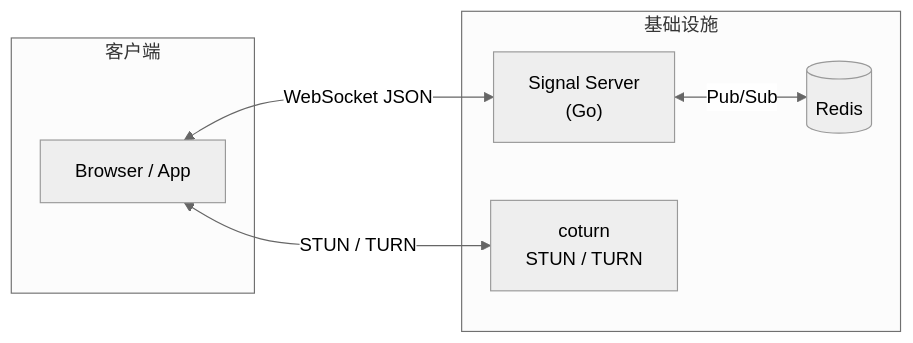
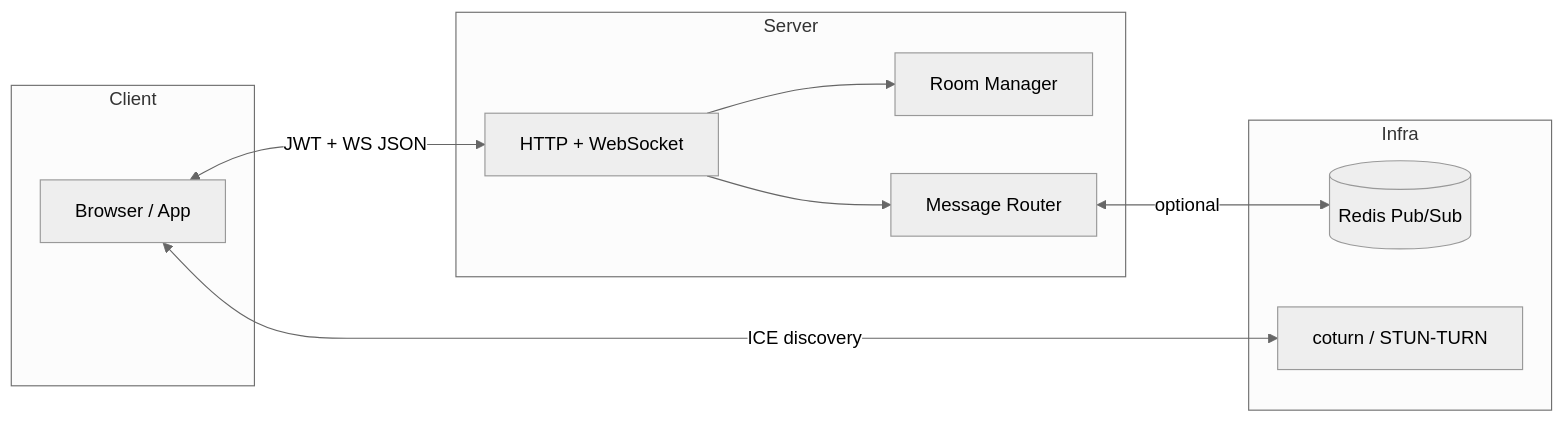
One commit to build-workbench/webrtc-signaling changed the first of 2 diagrams in docs/design.md. Above: the diagram before and after it, drawn with Mermaid (neutral theme). The commit also changed other lines of this file and 26 other files, not shown here.

````diff
--- a/docs/design.md
+++ b/docs/design.md
@@ -60,14 +52,21 @@
 ```mermaid
 flowchart LR
-  subgraph 客户端
+  subgraph Client
     A[Browser / App]
   end
-  subgraph 基础设施
-    B["Signal Server<br/>(Go)"]
-    C[(Redis)]
-    D["coturn<br/>STUN / TURN"]
+  subgraph Server
+    B[HTTP + WebSocket]
+    C[Room Manager]
+    D[Message Router]
   end
-  A <-->|WebSocket JSON| B
-  B <-->|Pub/Sub| C
-  A <-->|STUN / TURN| D
+  subgraph Infra
+    E[(Redis Pub/Sub)]
+    F[coturn / STUN-TURN]
+  end
+
+  A <-->|JWT + WS JSON| B
+  B --> C
+  B --> D
+  D <-->|optional| E
+  A <-->|ICE discovery| F
 ```
````
